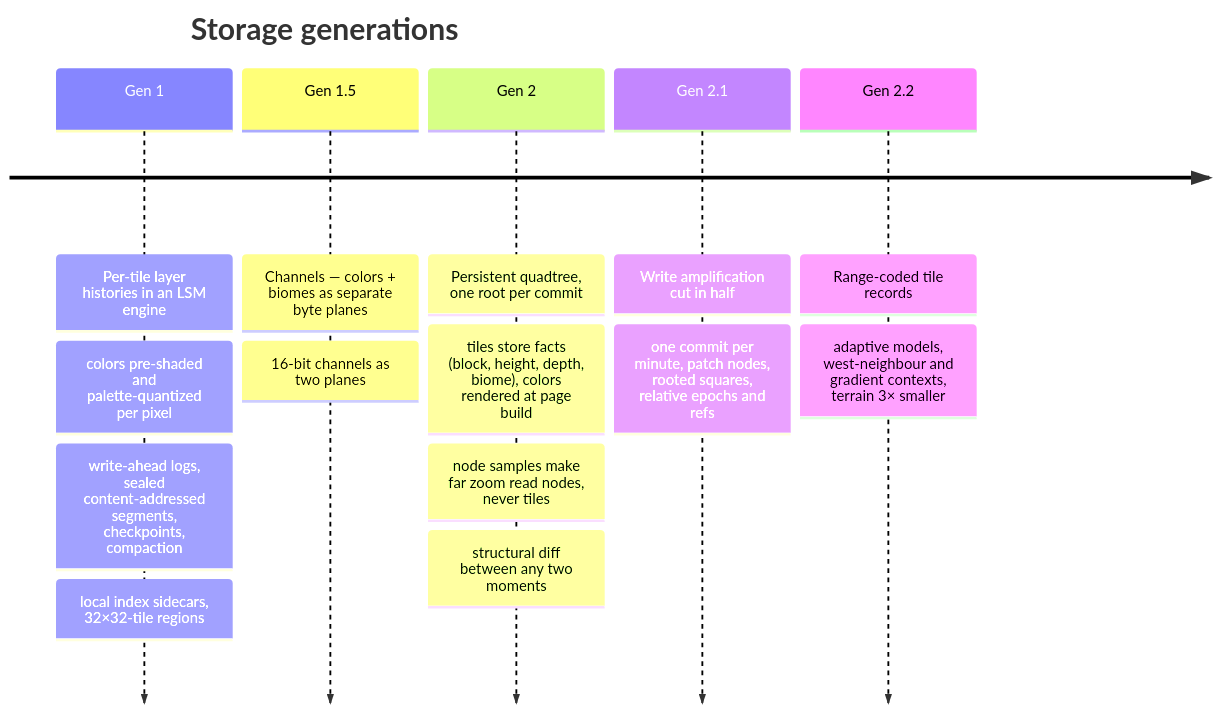
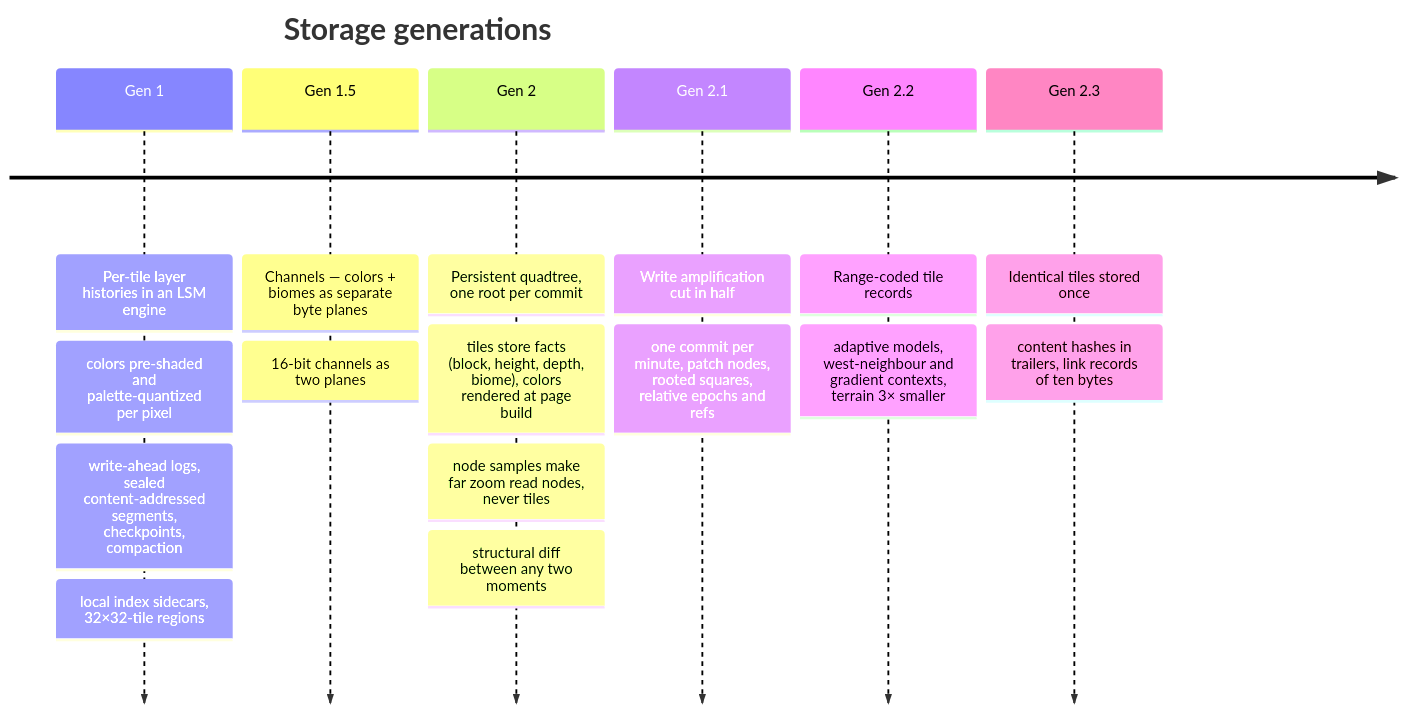
The first of 6 diagrams in mods/palimpsest/ARCHITECTURE.md (fopwoc/GTNH-KNH), drawn with Mermaid before and after one commit. The commit also changed other lines of this file, not shown here.

Commit message:
architecture: dedup

````diff
--- a/mods/palimpsest/ARCHITECTURE.md
+++ b/mods/palimpsest/ARCHITECTURE.md
@@ -13,18 +13,20 @@
 ```mermaid
 timeline
     title Storage generations
     Gen 1 : Per-tile layer histories in an LSM engine
           : colors pre-shaded and palette-quantized per pixel
           : write-ahead logs, sealed content-addressed segments, checkpoints, compaction
           : local index sidecars, 32×32-tile regions
     Gen 1.5 : Channels — colors + biomes as separate byte planes
             : 16-bit channels as two planes
     Gen 2 : Persistent quadtree, one root per commit
           : tiles store facts (block, height, depth, biome), colors rendered at page build
           : node samples make far zoom read nodes, never tiles
           : structural diff between any two moments
     Gen 2.1 : Write amplification cut in half
             : one commit per minute, patch nodes, rooted squares, relative epochs and refs
     Gen 2.2 : Range-coded tile records
             : adaptive models, west-neighbour and gradient contexts, terrain 3× smaller
+    Gen 2.3 : Identical tiles stored once
+            : content hashes in trailers, link records of ten bytes
 ```
````
